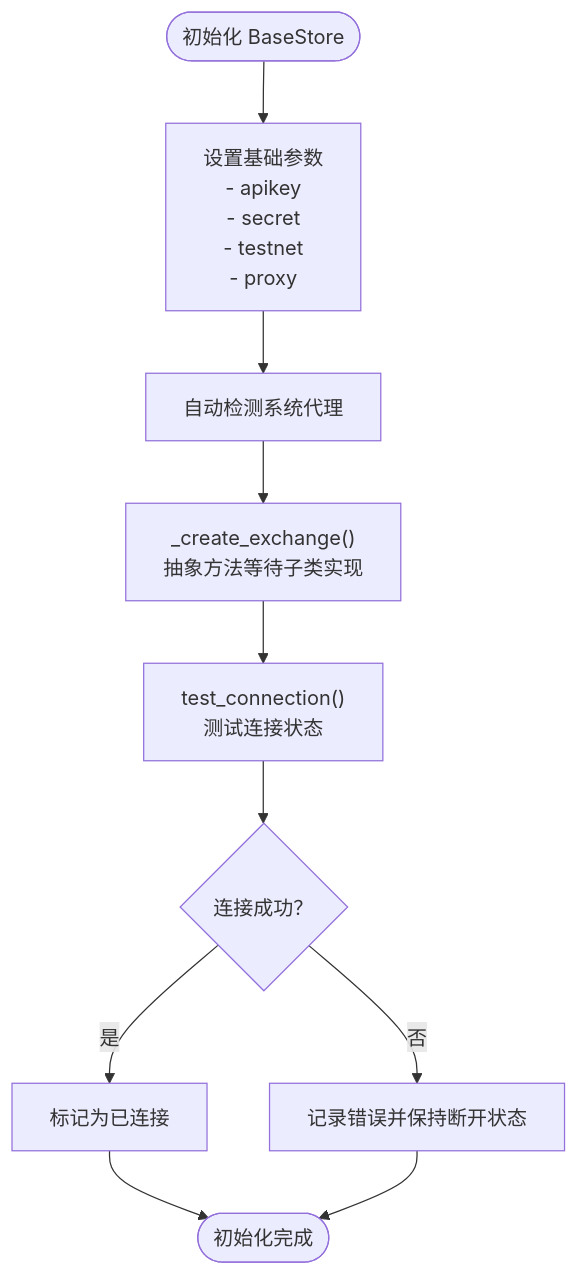
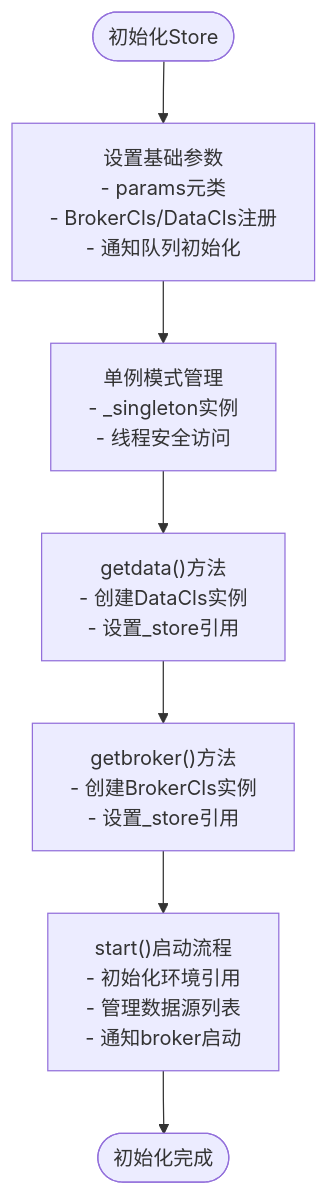
The fourth of 8 diagrams in .qoder/repowiki/zh/content/实盘交易模块/通用基类架构.md (bench-prog/backtrader), drawn with Mermaid before and after one commit. The commit also changed other lines of this file and 23 other files, not shown here.

````diff
--- a/.qoder/repowiki/zh/content/实盘交易模块/通用基类架构.md
+++ b/.qoder/repowiki/zh/content/实盘交易模块/通用基类架构.md
@@ -321,12 +264,9 @@
 ```mermaid
 flowchart TD
-Start([初始化 BaseStore]) --> InitParams["设置基础参数<br/>- apikey<br/>- secret<br/>- testnet<br/>- proxy"]
-InitParams --> DetectProxy["自动检测系统代理"]
-DetectProxy --> CreateExchange["_create_exchange()<br/>抽象方法等待子类实现"]
-CreateExchange --> TestConnection["test_connection()<br/>测试连接状态"]
-TestConnection --> Connected{"连接成功？"}
-Connected --> |是| Ready["标记为已连接"]
-Connected --> |否| Error["记录错误并保持断开状态"]
-Ready --> End([初始化完成])
-Error --> End
+Start([初始化Store]) --> InitParams["设置基础参数<br/>- params元类<br/>- BrokerCls/DataCls注册<br/>- 通知队列初始化"]
+InitParams --> Singleton["单例模式管理<br/>- _singleton实例<br/>- 线程安全访问"]
+Singleton --> GetData["getdata()方法<br/>- 创建DataCls实例<br/>- 设置_store引用"]
+GetData --> GetBroker["getbroker()方法<br/>- 创建BrokerCls实例<br/>- 设置_store引用"]
+GetBroker --> StartProcess["start()启动流程<br/>- 初始化环境引用<br/>- 管理数据源列表<br/>- 通知broker启动"]
+StartProcess --> End([初始化完成])
 ```
````
